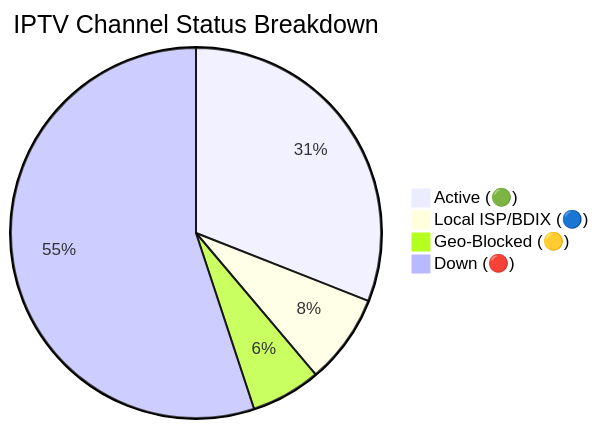
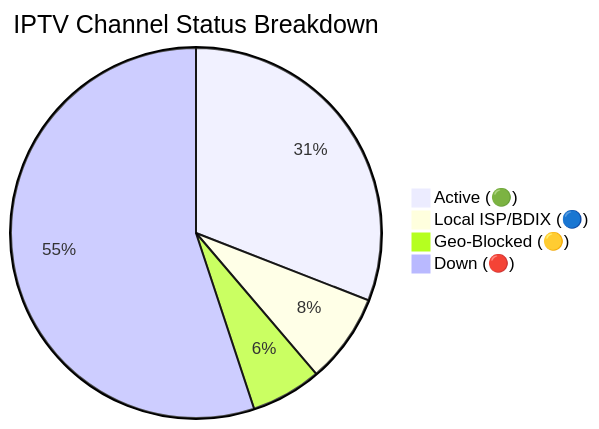
One commit to Zaman-Topu/Ip-tv-Collection changed the diagram in README.md. Above: the diagram before and after it, drawn with Mermaid. The commit also changed other lines of this file and 6 other files, not shown here.

````diff
--- a/README.md
+++ b/README.md
@@ -95,7 +95,7 @@
 ```mermaid
 pie title IPTV Channel Status Breakdown
-    "Active (🟢)" : 10489
-    "Local ISP/BDIX (🔵)" : 2659
-    "Geo-Blocked (🟡)" : 2065
-    "Down (🔴)" : 18650
+    "Active (🟢)" : 10471
+    "Local ISP/BDIX (🔵)" : 2654
+    "Geo-Blocked (🟡)" : 2087
+    "Down (🔴)" : 18653
 ```
````
